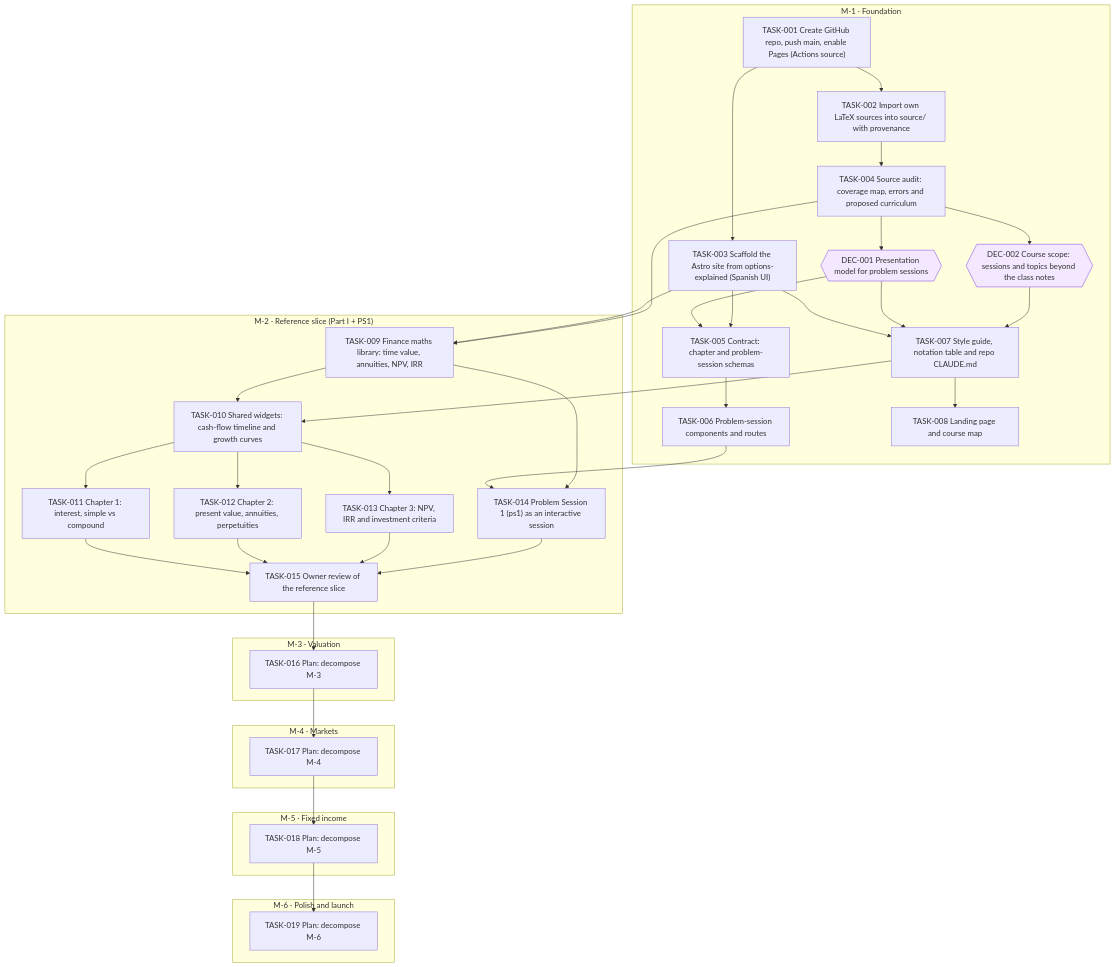
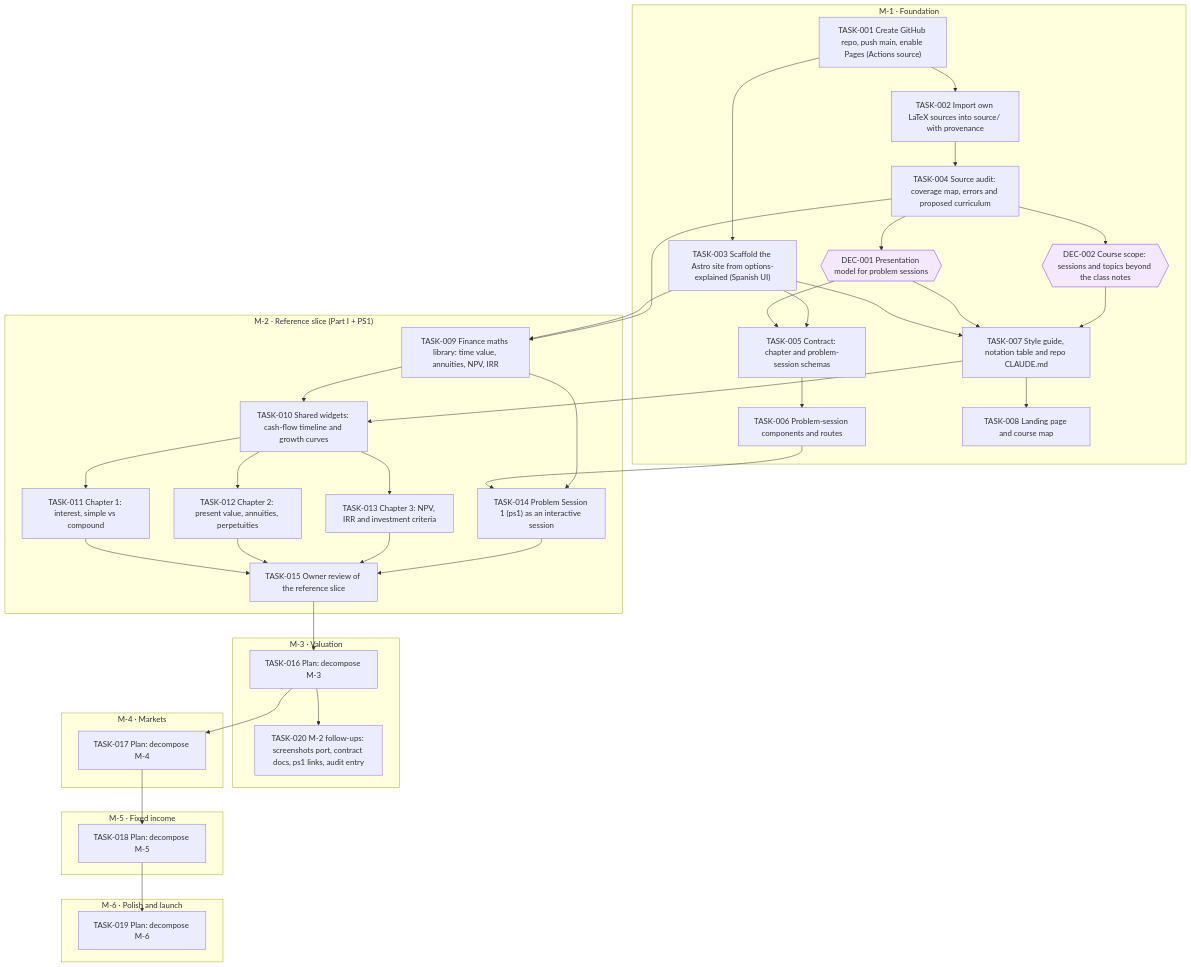
One commit to jesusvillota/economia-financiera changed the diagram in goals/course-site/README.md. Above: the diagram before and after it, drawn with Mermaid. The commit also changed 1 other file, not shown here.

Commit message:
goal(course-site): add TASK-020 M-2 follow-ups: screenshots port, contract docs, ps1 links, audit entry

````diff
--- a/goals/course-site/README.md
+++ b/goals/course-site/README.md
@@ -35,70 +35,72 @@
 ```mermaid
 flowchart TD
   subgraph M_1["M-1 · Foundation"]
     DEC_001{{"DEC-001 Presentation model for problem sessions"}}
     DEC_002{{"DEC-002 Course scope: sessions and topics beyond the class notes"}}
     TASK_001["TASK-001 Create GitHub repo, push main, enable Pages (Actions source)"]
     TASK_002["TASK-002 Import own LaTeX sources into source/ with provenance"]
     TASK_003["TASK-003 Scaffold the Astro site from options-explained (Spanish UI)"]
     TASK_004["TASK-004 Source audit: coverage map, errors and proposed curriculum"]
     TASK_005["TASK-005 Contract: chapter and problem-session schemas"]
     TASK_006["TASK-006 Problem-session components and routes"]
     TASK_007["TASK-007 Style guide, notation table and repo CLAUDE.md"]
     TASK_008["TASK-008 Landing page and course map"]
   end
   subgraph M_2["M-2 · Reference slice (Part I + PS1)"]
     TASK_009["TASK-009 Finance maths library: time value, annuities, NPV, IRR"]
     TASK_010["TASK-010 Shared widgets: cash-flow timeline and growth curves"]
     TASK_011["TASK-011 Chapter 1: interest, simple vs compound"]
     TASK_012["TASK-012 Chapter 2: present value, annuities, perpetuities"]
     TASK_013["TASK-013 Chapter 3: NPV, IRR and investment criteria"]
     TASK_014["TASK-014 Problem Session 1 (ps1) as an interactive session"]
     TASK_015["TASK-015 Owner review of the reference slice"]
   end
   subgraph M_3["M-3 · Valuation"]
     TASK_016["TASK-016 Plan: decompose M-3"]
+    TASK_020["TASK-020 M-2 follow-ups: screenshots port, contract docs, ps1 links, audit entry"]
   end
   subgraph M_4["M-4 · Markets"]
     TASK_017["TASK-017 Plan: decompose M-4"]
   end
   subgraph M_5["M-5 · Fixed income"]
     TASK_018["TASK-018 Plan: decompose M-5"]
   end
   subgraph M_6["M-6 · Polish and launch"]
     TASK_019["TASK-019 Plan: decompose M-6"]
   end
   TASK_004 --> DEC_001
   TASK_004 --> DEC_002
   TASK_001 --> TASK_002
   TASK_001 --> TASK_003
   TASK_002 --> TASK_004
   DEC_001 --> TASK_005
   TASK_003 --> TASK_005
   TASK_005 --> TASK_006
   TASK_003 --> TASK_007
   DEC_001 --> TASK_007
   DEC_002 --> TASK_007
   TASK_007 --> TASK_008
   TASK_003 --> TASK_009
   TASK_004 --> TASK_009
   TASK_007 --> TASK_010
   TASK_009 --> TASK_010
   TASK_010 --> TASK_011
   TASK_010 --> TASK_012
   TASK_010 --> TASK_013
   TASK_006 --> TASK_014
   TASK_009 --> TASK_014
   TASK_011 --> TASK_015
   TASK_012 --> TASK_015
   TASK_013 --> TASK_015
   TASK_014 --> TASK_015
   TASK_015 --> TASK_016
   TASK_016 --> TASK_017
   TASK_017 --> TASK_018
   TASK_018 --> TASK_019
+  TASK_016 --> TASK_020
   classDef draft stroke-dasharray: 4 3
   classDef cancelled opacity:0.45
   classDef decision fill:#f3e8ff,stroke:#7c3aed
   class DEC_001 decision
   class DEC_002 decision
 ```
````
